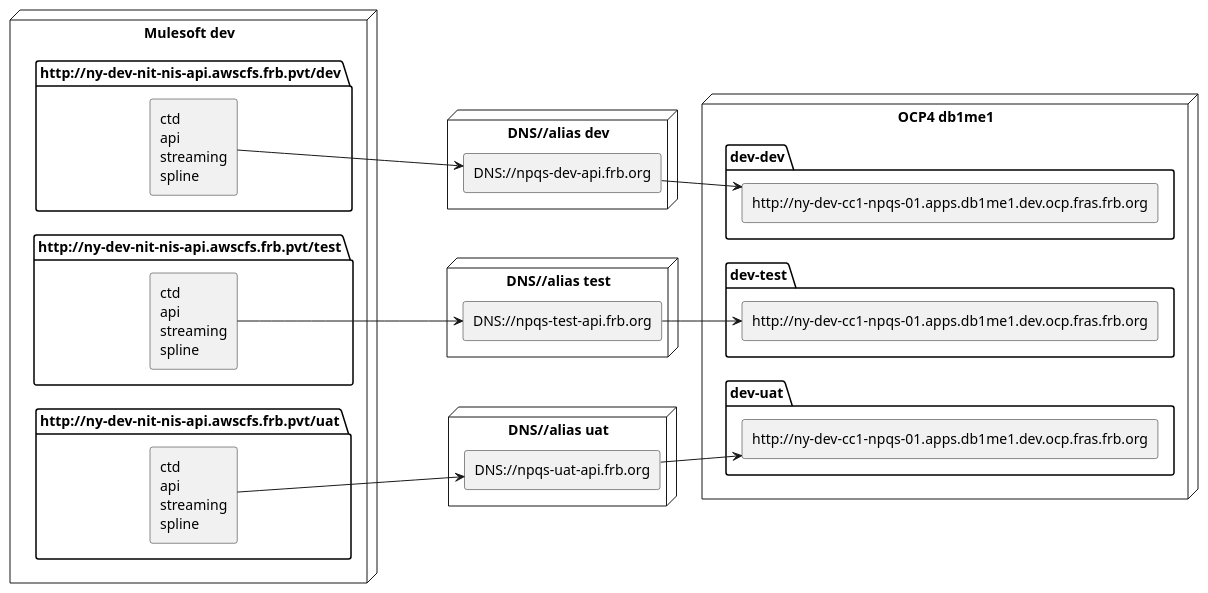
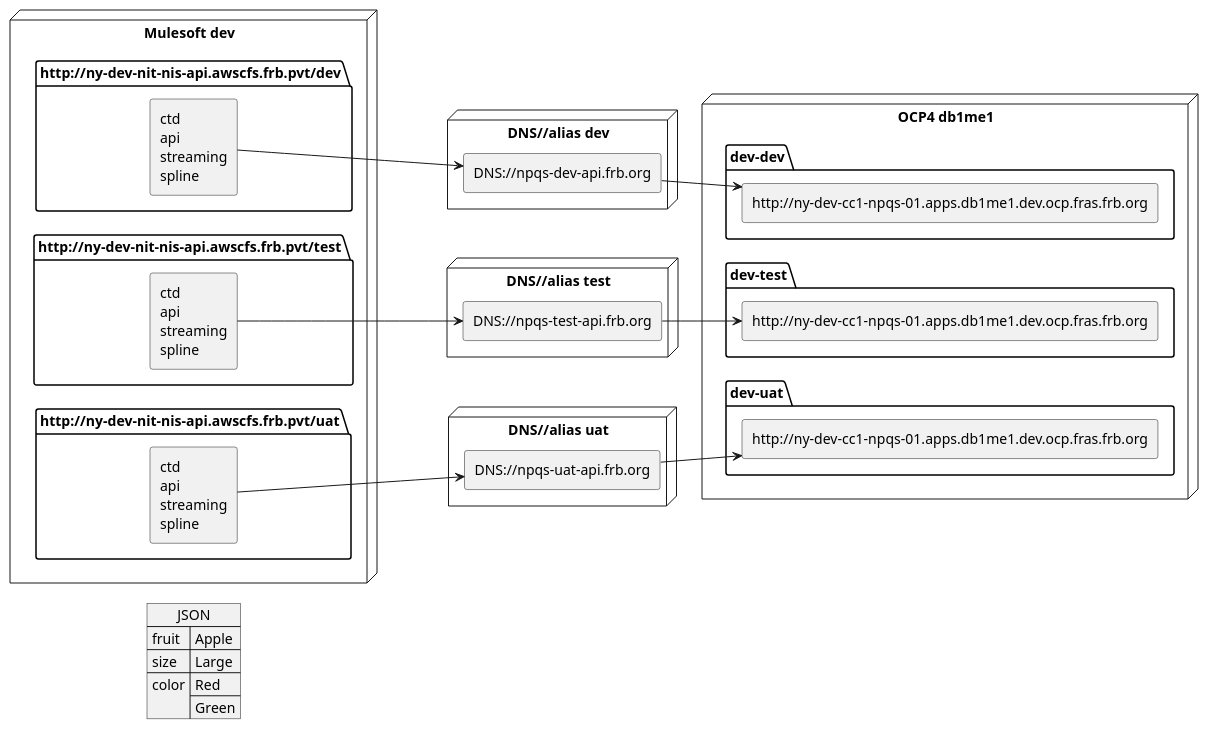
One commit to squidpan/API-integration changed the diagram in drawings-puml/proto_PUML.puml. Above: the diagram before and after it, drawn with PlantUML. The commit also changed 2 other files, not shown here.

```diff
--- a/drawings-puml/proto_PUML.puml
+++ b/drawings-puml/proto_PUML.puml
@@ -1,70 +1,76 @@
 @startuml
 
 skinparam ComponentStyle rectangle
 left to right direction
 set namespaceSeparator none
 
 node "Mulesoft dev" {
     
     package "http://ny-dev-nit-nis-api.awscfs.frb.pvt/dev" {
         [ctd\napi\nstreaming\nspline] as assetdev
     
     }
  
     package "http://ny-dev-nit-nis-api.awscfs.frb.pvt/test" {
         [ctd\napi\nstreaming\nspline] as assettest
     
         'assetdev -[hidden]-- assettest
     }
 
     package "http://ny-dev-nit-nis-api.awscfs.frb.pvt/uat" {
         [ctd\napi\nstreaming\nspline] as assetuat
     
         'assetdev -[hidden]-- assettest
     }
     'assetdev --> assettest
 }
 'left to right direction
 
 node "DNS//alias dev" {
     [DNS://npqs-dev-api.frb.org] as aliasdev
 }
 
 node "DNS//alias test" {
     [DNS://npqs-test-api.frb.org] as aliastest
 }
 node "DNS//alias uat" {
     [DNS://npqs-uat-api.frb.org] as aliasuat
 }
 
 
 'OCP4 -dev
 
 node "OCP4 db1me1" {
     
     package "dev-dev" {
         [http://ny-dev-cc1-npqs-01.apps.db1me1.dev.ocp.fras.frb.org] as ablaydevdev
     
     }
  
     package "dev-test" {
         [http://ny-dev-cc1-npqs-01.apps.db1me1.dev.ocp.fras.frb.org] as ablaydevtest
     
     }
 
     package "dev-uat" {
         [http://ny-dev-cc1-npqs-01.apps.db1me1.dev.ocp.fras.frb.org] as ablaydevuat
     
     
     }
     
 }
 
 assetdev --> aliasdev
 assettest --> aliastest
 assetuat --> aliasuat
 aliasdev --> ablaydevdev
 aliastest --> ablaydevtest
 aliasuat --> ablaydevuat
 
+json JSON {
+   "fruit":"Apple",
+   "size":"Large",
+   "color": ["Red", "Green"]
+}
+
 @enduml
```
